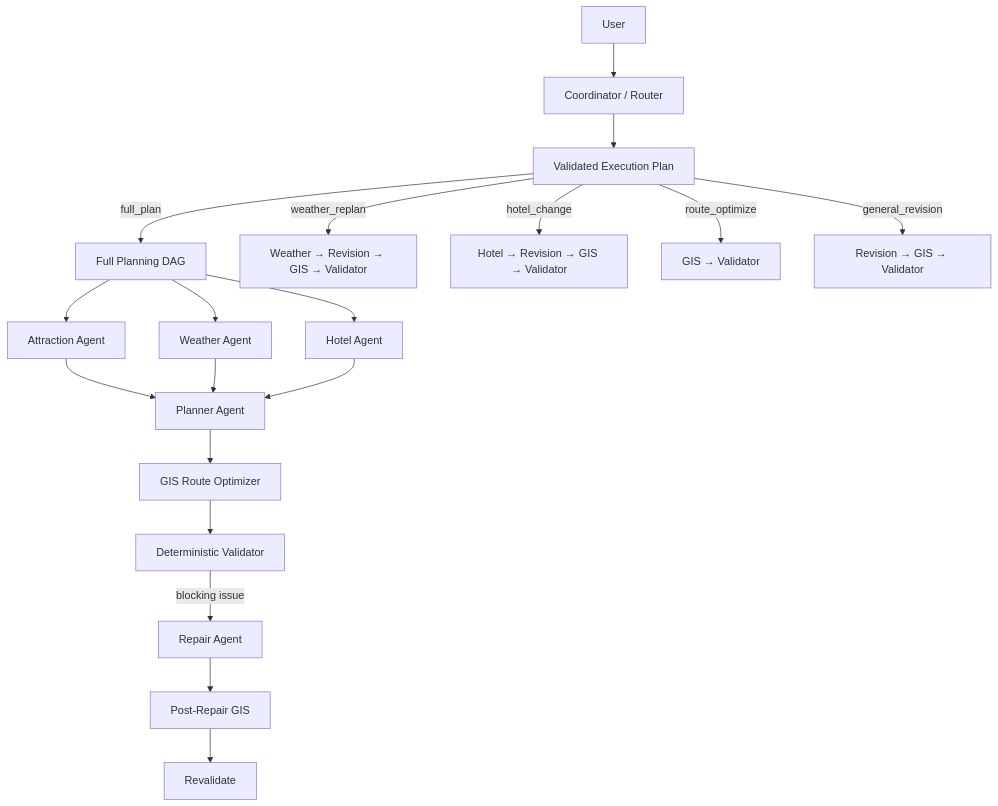
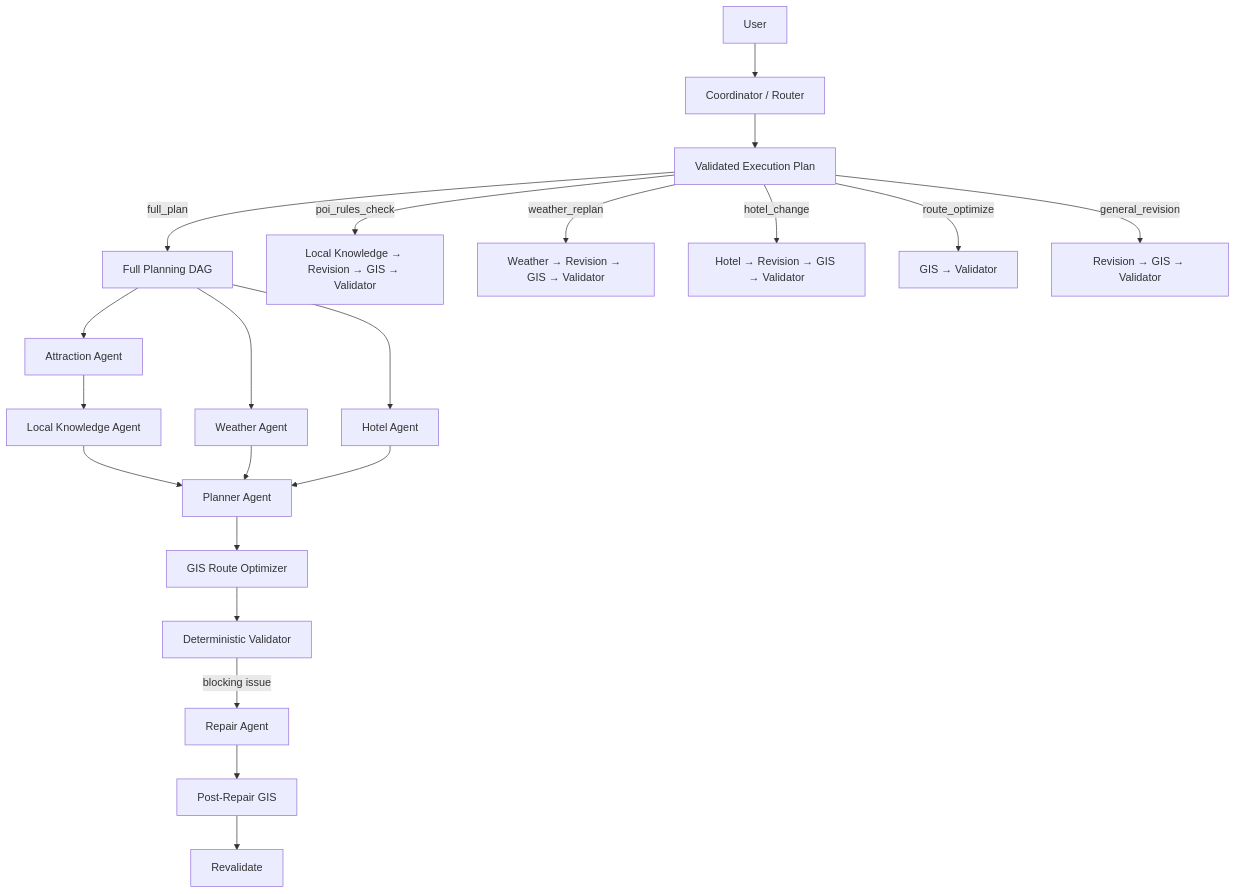
Before and after one commit to geomini1989-cpu/helloagents-trip-planner: the diagram in README.md, drawn with Mermaid. The commit also changed other lines of this file, not shown here.

Commit message:
docs: add local knowledge agent to project overview

````diff
--- a/README.md
+++ b/README.md
@@ -36,23 +38,25 @@
 ```mermaid
 flowchart TD
     U[User] --> C[Coordinator / Router]
     C --> EP[Validated Execution Plan]
 
     EP -->|full_plan| FULL[Full Planning DAG]
+    EP -->|poi_rules_check| KFLOW[Local Knowledge → Revision → GIS → Validator]
     EP -->|weather_replan| WFLOW[Weather → Revision → GIS → Validator]
     EP -->|hotel_change| HFLOW[Hotel → Revision → GIS → Validator]
     EP -->|route_optimize| RFLOW[GIS → Validator]
     EP -->|general_revision| REVFLOW[Revision → GIS → Validator]
 
     FULL --> A[Attraction Agent]
     FULL --> W[Weather Agent]
     FULL --> H[Hotel Agent]
-    A --> P[Planner Agent]
+    A --> LK[Local Knowledge Agent]
+    LK --> P[Planner Agent]
     W --> P
     H --> P
     P --> GIS[GIS Route Optimizer]
     GIS --> V[Deterministic Validator]
     V -->|blocking issue| R[Repair Agent]
     R --> GIS2[Post-Repair GIS]
     GIS2 --> V2[Revalidate]
 ```
````
